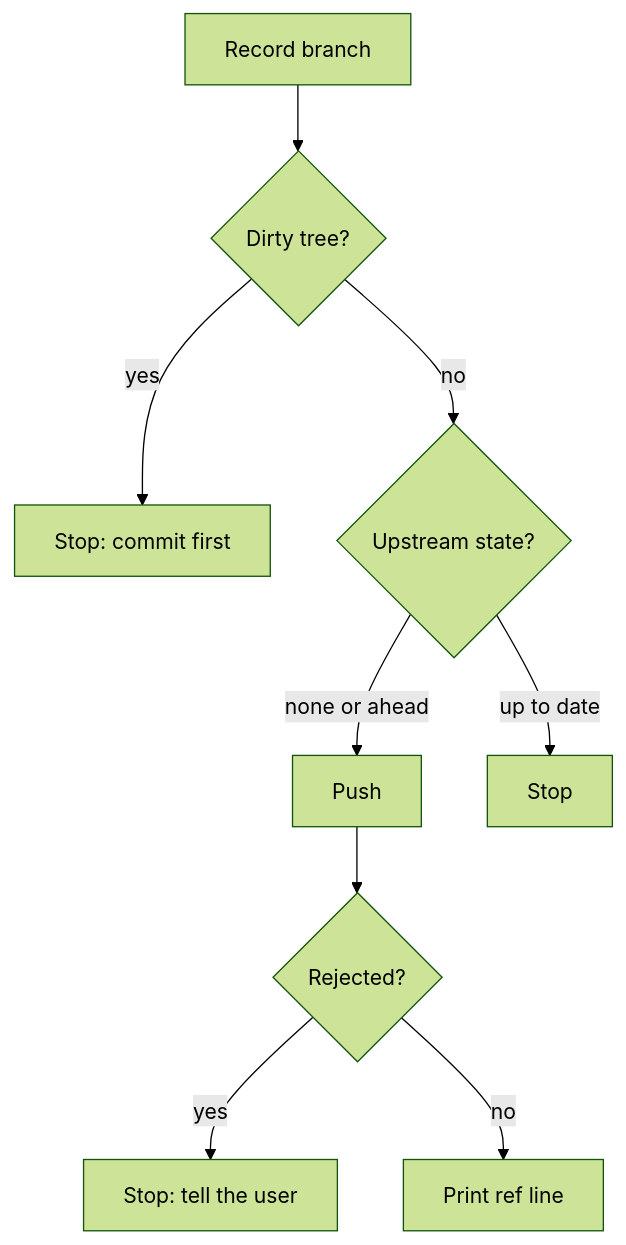
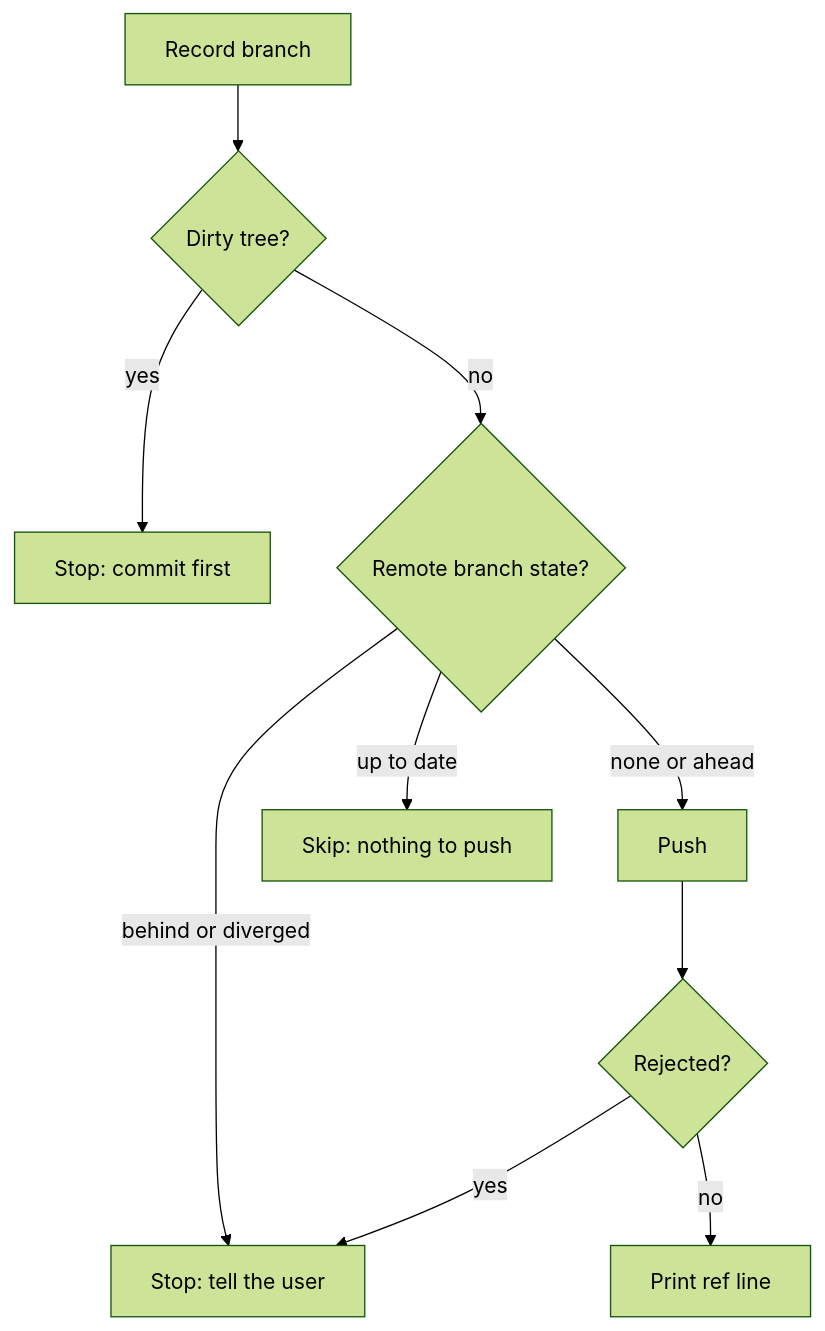
Before and after one commit to damusix/atomic-claude: the diagram in context/_partials/push-flow.md, drawn with Mermaid (forest theme). The commit also changed other lines of this file and 6 other files, not shown here.

````diff
--- a/context/_partials/push-flow.md
+++ b/context/_partials/push-flow.md
@@ -6,11 +6,12 @@
 ```mermaid
 flowchart TD
     B["Record branch"] --> D{"Dirty tree?"}
     D -->|yes| S1["Stop: commit first"]
-    D -->|no| U{"Upstream state?"}
+    D -->|no| U{"Remote branch state?"}
     U -->|none or ahead| P["Push"]
-    U -->|up to date| S2["Stop"]
+    U -->|up to date| K["Skip: nothing to push"]
+    U -->|behind or diverged| S3["Stop: tell the user"]
     P --> R{"Rejected?"}
-    R -->|yes| S3["Stop: tell the user"]
+    R -->|yes| S3
     R -->|no| L["Print ref line"]
 ```
````
